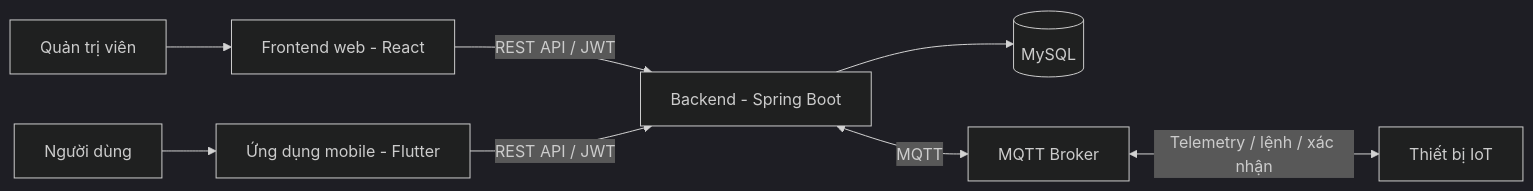
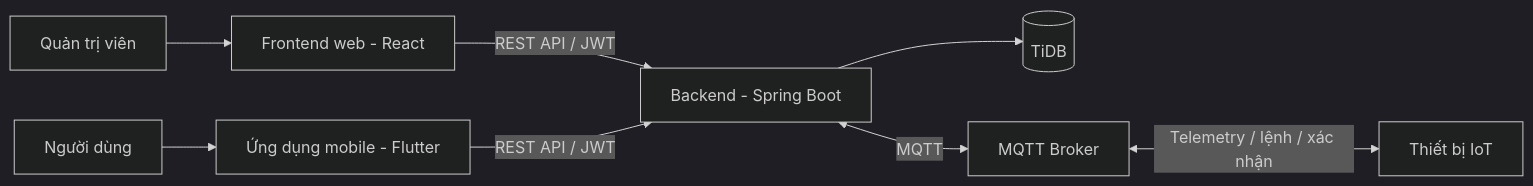
The diagram in README.md (TrgMSon/Auto_watering_system), drawn with Mermaid (dark theme) before and after one commit. The commit also changed other lines of this file and 8 other files, not shown here.

````diff
--- a/README.md
+++ b/README.md
@@ -33,11 +42,11 @@
 ```mermaid
 flowchart LR
     Admin[Quản trị viên] --> Web[Frontend web - React]
     API[Backend - Spring Boot]
     Web -->|REST API / JWT| API
-    API --> DB[(MySQL)]
+    API --> DB[(TiDB)]
     API <-->|MQTT| Broker[MQTT Broker]
     Broker <-->|Telemetry / lệnh / xác nhận| Device[Thiết bị IoT]
     User[Người dùng] --> Mobile[Ứng dụng mobile - Flutter]
     Mobile -->|REST API / JWT| API
 ```
````
